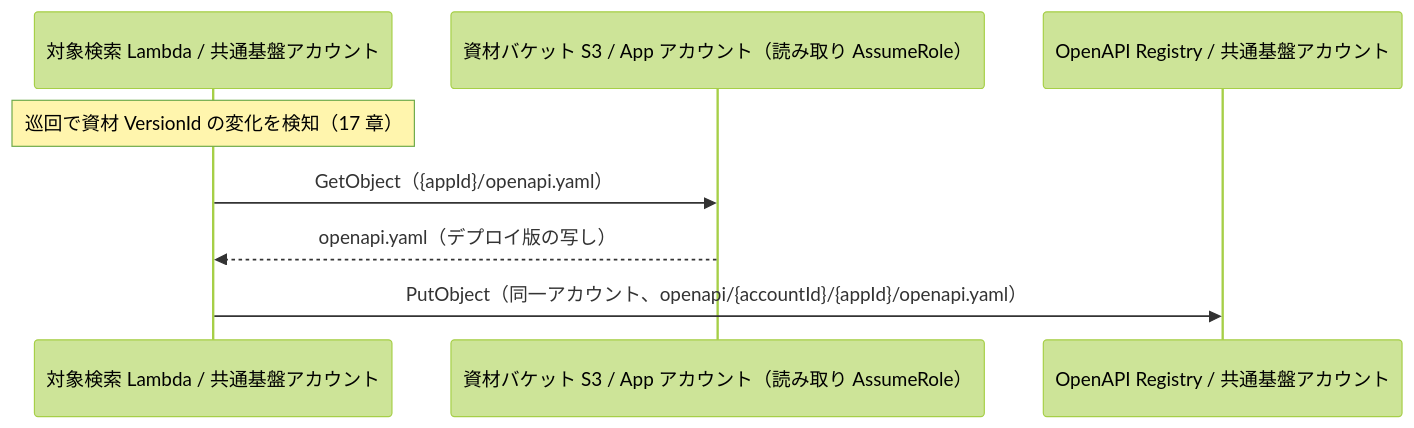
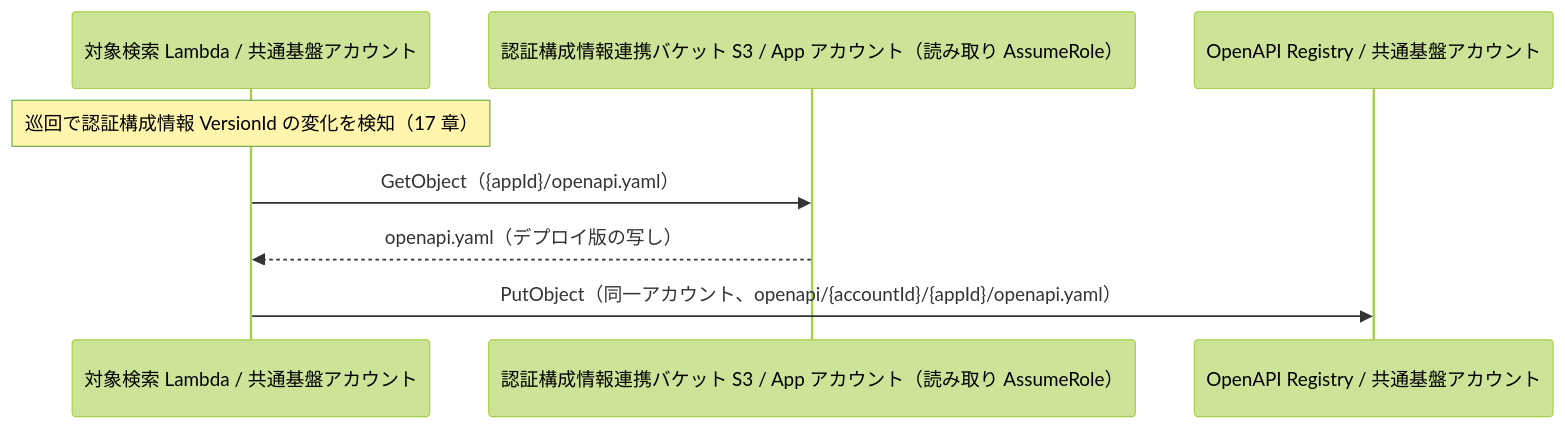
The diagram in doc/api-platform/basic-design/13-openapi-registry-design.md (suepie/aws-atuh-poc), drawn with Mermaid (forest theme) before and after one commit. The commit also changed other lines of this file and 18 other files, not shown here.

````diff
--- a/doc/api-platform/basic-design/13-openapi-registry-design.md
+++ b/doc/api-platform/basic-design/13-openapi-registry-design.md
@@ -37,11 +37,11 @@
 ```mermaid
 sequenceDiagram
     participant DISC as 対象検索 Lambda / 共通基盤アカウント
-    participant ART as 資材バケット S3 / App アカウント（読み取り AssumeRole）
+    participant ART as 認証構成情報連携バケット S3 / App アカウント（読み取り AssumeRole）
     participant S3 as OpenAPI Registry / 共通基盤アカウント
 
-    Note over DISC: 巡回で資材 VersionId の変化を検知（17 章）
+    Note over DISC: 巡回で認証構成情報 VersionId の変化を検知（17 章）
     DISC->>ART: GetObject（{appId}/openapi.yaml）
     ART-->>DISC: openapi.yaml（デプロイ版の写し）
     DISC->>S3: PutObject（同一アカウント、openapi/{accountId}/{appId}/openapi.yaml）
 ```
````
